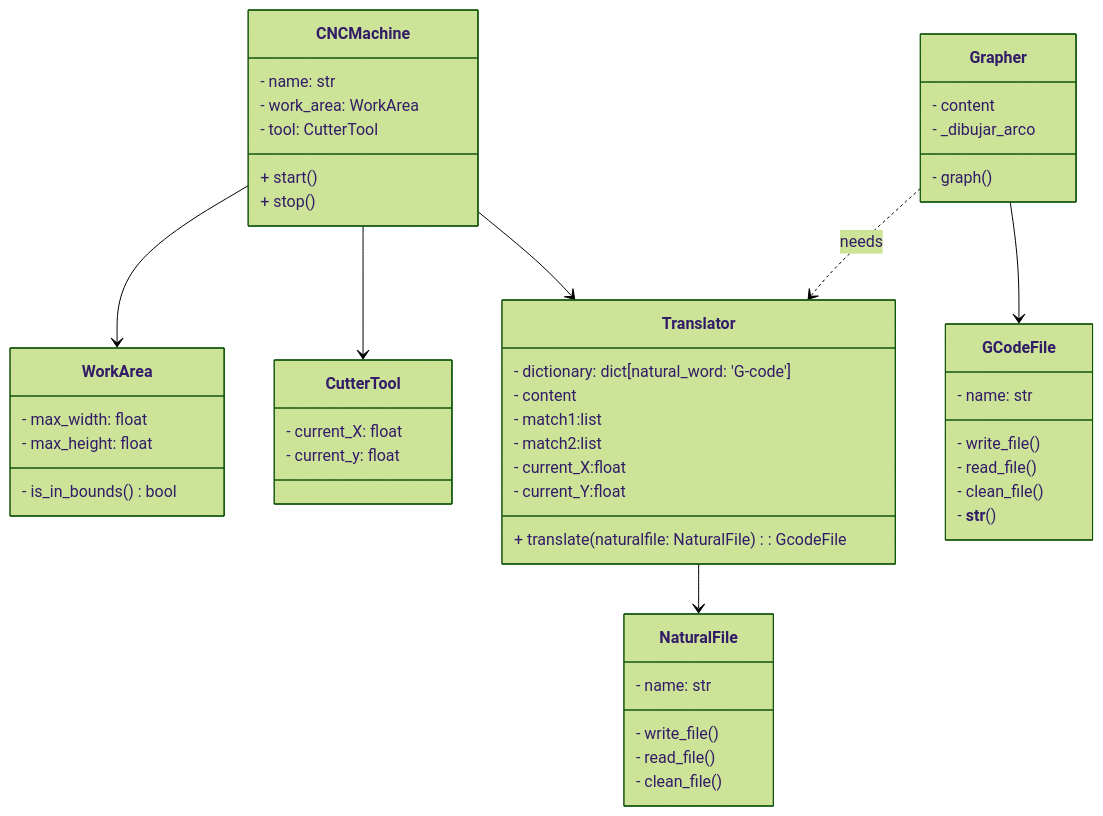
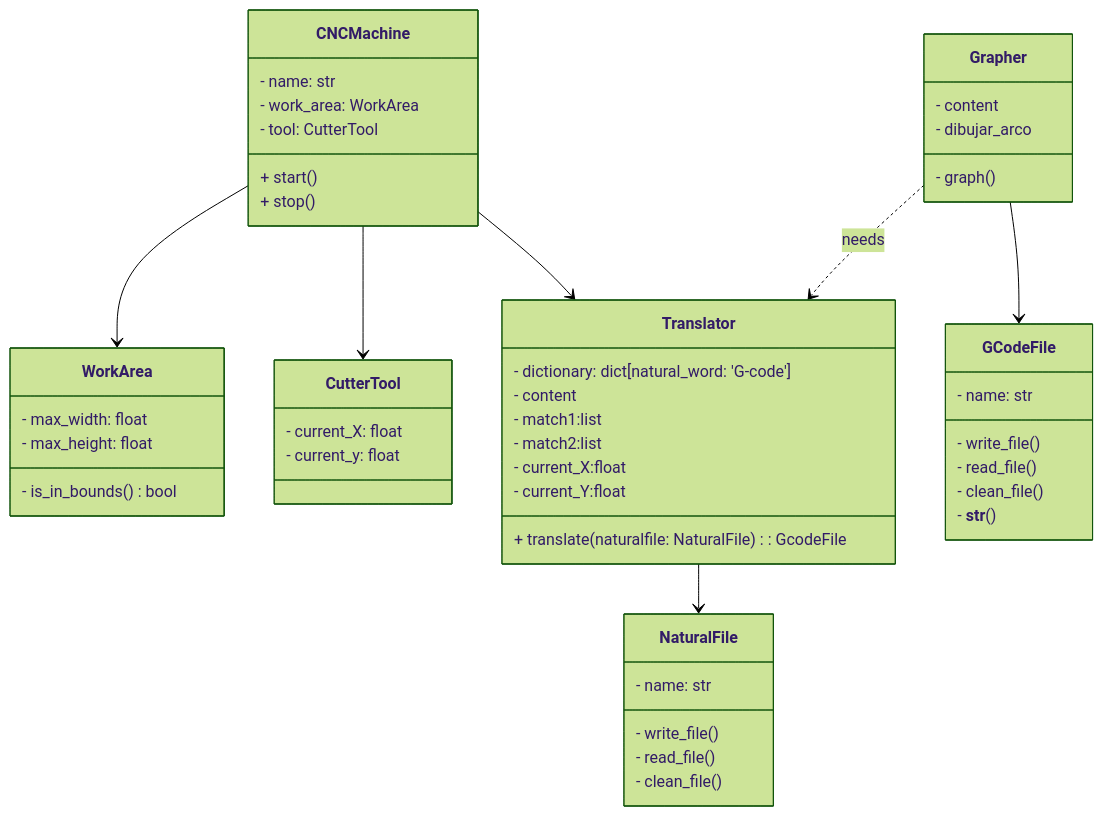
The diagram in README.md (11ZaidaG11/Proyecto-POO), drawn with Mermaid (forest theme) before and after one commit.

````diff
--- a/README.md
+++ b/README.md
@@ -80,56 +80,56 @@
 ```mermaid
 classDiagram
 direction TB
     class CNCMachine {
 	    - name: str
 	    - work_area: WorkArea
 	    - tool: CutterTool
 	    + start()
 	    + stop()
     }
     class WorkArea {
 	    - max_width: float
       - max_height: float
       - is_in_bounds()bool
     }
     class NaturalFile {
 	    - name: str
       - write_file()
       - read_file()
       - clean_file()
     }
     class Translator {
 	    - dictionary: dict[natural_word: 'G-code']
       - content
       - match1:list
       - match2:list
       - current_X:float
       - current_Y:float
 	    + translate(naturalfile: NaturalFile) : GcodeFile
     }
 
     class Grapher {
 	    - content
       - graph()
-      - _dibujar_arco
+      - dibujar_arco
     }
     class GCodeFile {
 	    - name: str
       - write_file()
       - read_file()
       - clean_file()
       - __str__()
     }
     class CutterTool {
 	    - current_X: float
       - current_y: float
     }
 
     CNCMachine --> WorkArea
     CNCMachine --> CutterTool
     CNCMachine --> Translator
     Translator --> NaturalFile
     Grapher ..> Translator : needs
     Grapher --> GCodeFile
     
 ```
````
